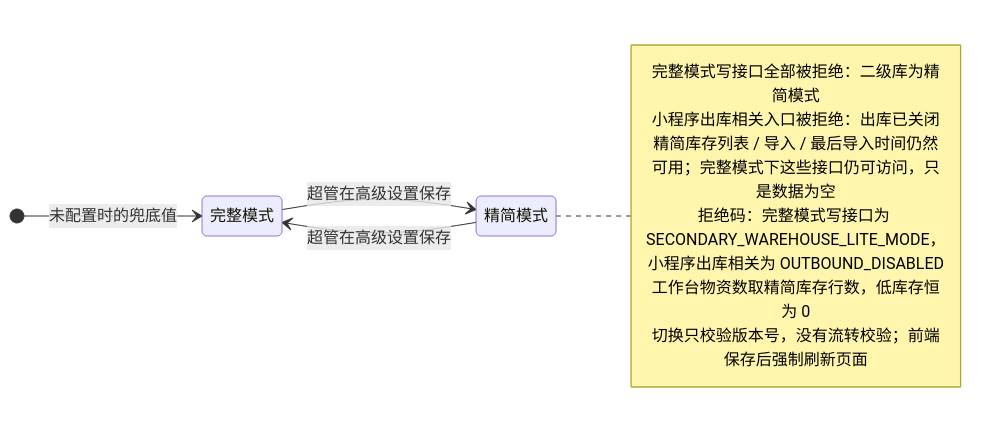
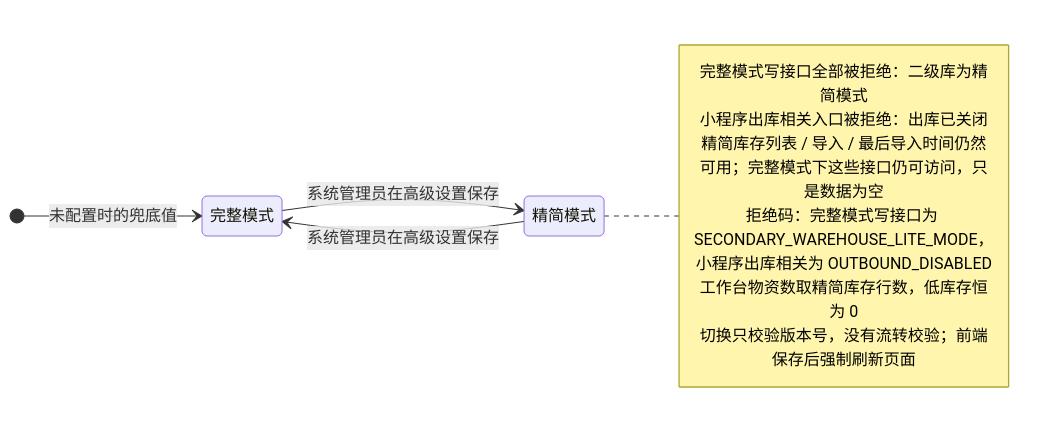
Diagram 22 of 24 in docs/websites/pages/dev-state-machines.md (Sakana-1314/Electrical-Manager), drawn with Mermaid before and after one commit. The commit also changed other lines of this file and 74 other files, not shown here.

````diff
--- a/docs/websites/pages/dev-state-machines.md
+++ b/docs/websites/pages/dev-state-machines.md
@@ -427,15 +421,15 @@
 ```mermaid
 stateDiagram-v2
     direction LR
     [*] --> 完整模式 : 未配置时的兜底值
-    完整模式 --> 精简模式 : 超管在高级设置保存
-    精简模式 --> 完整模式 : 超管在高级设置保存
+    完整模式 --> 精简模式 : 系统管理员在高级设置保存
+    精简模式 --> 完整模式 : 系统管理员在高级设置保存
     note right of 精简模式
         完整模式写接口全部被拒绝：二级库为精简模式
         小程序出库相关入口被拒绝：出库已关闭
         精简库存列表 / 导入 / 最后导入时间仍然可用；完整模式下这些接口仍可访问，只是数据为空
         拒绝码：完整模式写接口为 SECONDARY_WAREHOUSE_LITE_MODE，小程序出库相关为 OUTBOUND_DISABLED
         工作台物资数取精简库存行数，低库存恒为 0
         切换只校验版本号，没有流转校验；前端保存后强制刷新页面
     end note
 ```
````
